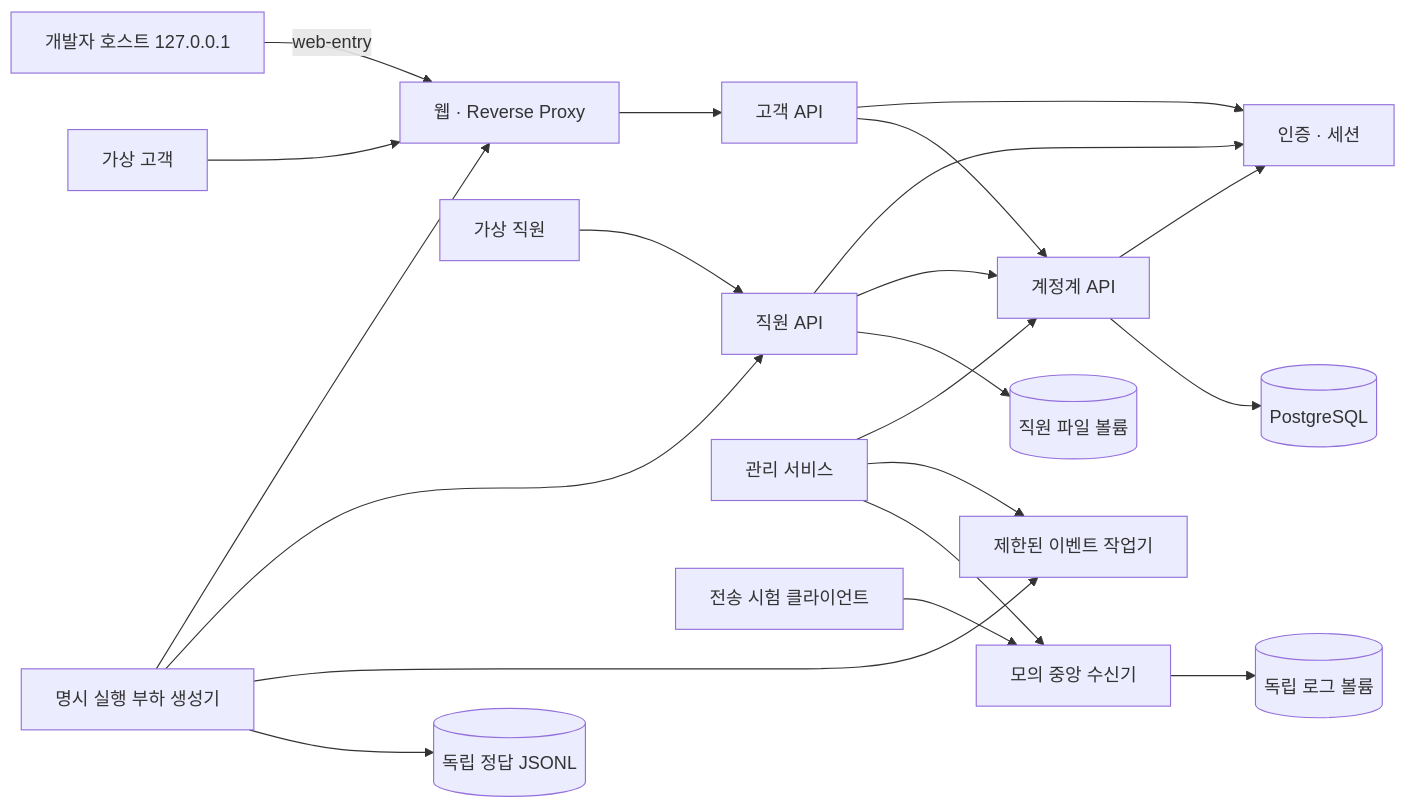
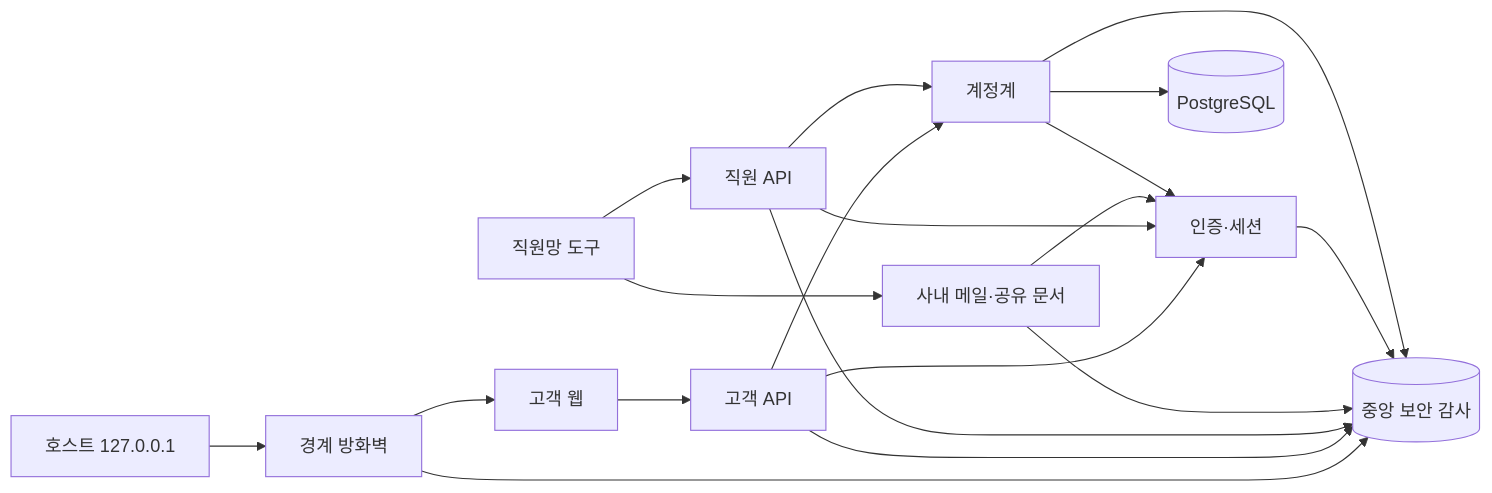
The diagram in bank-lab/docs/architecture.md (habang2222/Corporate_Network_Bank), drawn with Mermaid before and after one commit. The commit also changed other lines of this file and 77 other files, not shown here.

````diff
--- a/bank-lab/docs/architecture.md
+++ b/bank-lab/docs/architecture.md
@@ -7,23 +3,21 @@
 ```mermaid
 flowchart LR
-  host[개발자 호스트 127.0.0.1] -->|web-entry| web
-  client[가상 고객] --> web[웹 · Reverse Proxy]
+  host[호스트 127.0.0.1] --> firewall[경계 방화벽]
+  firewall --> web[고객 웹]
   web --> customer[고객 API]
-  customer --> auth[인증 · 세션]
-  customer --> core[계정계 API]
-  staff[가상 직원] --> employee[직원 API]
+  customer --> auth[인증·세션]
+  customer --> core[계정계]
+  staff[직원망 도구] --> employee[직원 API]
+  staff --> office[사내 메일·공유 문서]
   employee --> auth
   employee --> core
+  office --> auth
   core --> auth
   core --> db[(PostgreSQL)]
-  manager[관리 서비스] --> core
-  manager --> events[제한된 이벤트 작업기]
-  manager --> receiver[모의 중앙 수신기]
-  forwarder[전송 시험 클라이언트] --> receiver
-  receiver --> logstore[(독립 로그 볼륨)]
-  employee --> files[(직원 파일 볼륨)]
-  load[명시 실행 부하 생성기] --> web
-  load --> employee
-  load --> events
-  load --> truth[(독립 정답 JSONL)]
+  firewall --> security[(중앙 보안 감사)]
+  customer --> security
+  employee --> security
+  office --> security
+  auth --> security
+  core --> security
 ```
````
